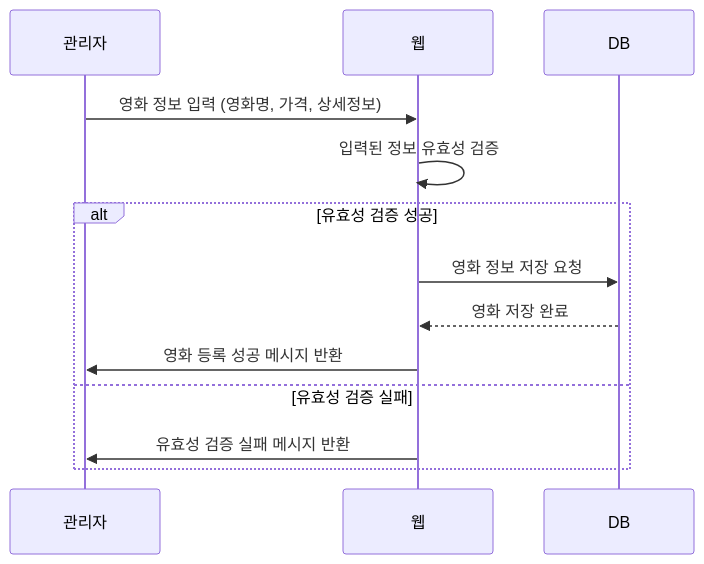
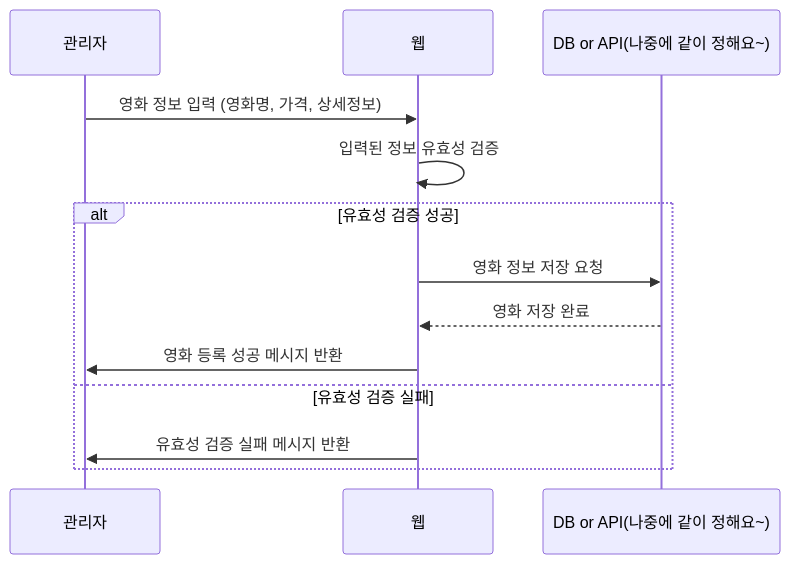
One commit to sumin2eee/NBE2_2_Team6 changed the second of 5 diagrams in README.md. Above: the diagram before and after it, drawn with Mermaid.

````diff
--- a/README.md
+++ b/README.md
@@ -27,16 +27,16 @@
 ```mermaid
 sequenceDiagram
     participant Admin as 관리자
     participant WebApp as 웹
-    participant DB as DB
+    participant DB as DB or API(나중에 같이 정해요~)
 
     Admin ->> WebApp: 영화 정보 입력 (영화명, 가격, 상세정보)
     WebApp ->> WebApp: 입력된 정보 유효성 검증
     alt 유효성 검증 성공
         WebApp ->> DB: 영화 정보 저장 요청
         DB -->> WebApp: 영화 저장 완료
         WebApp ->> Admin: 영화 등록 성공 메시지 반환
     else 유효성 검증 실패
         WebApp ->> Admin: 유효성 검증 실패 메시지 반환
     end
 ```
````
